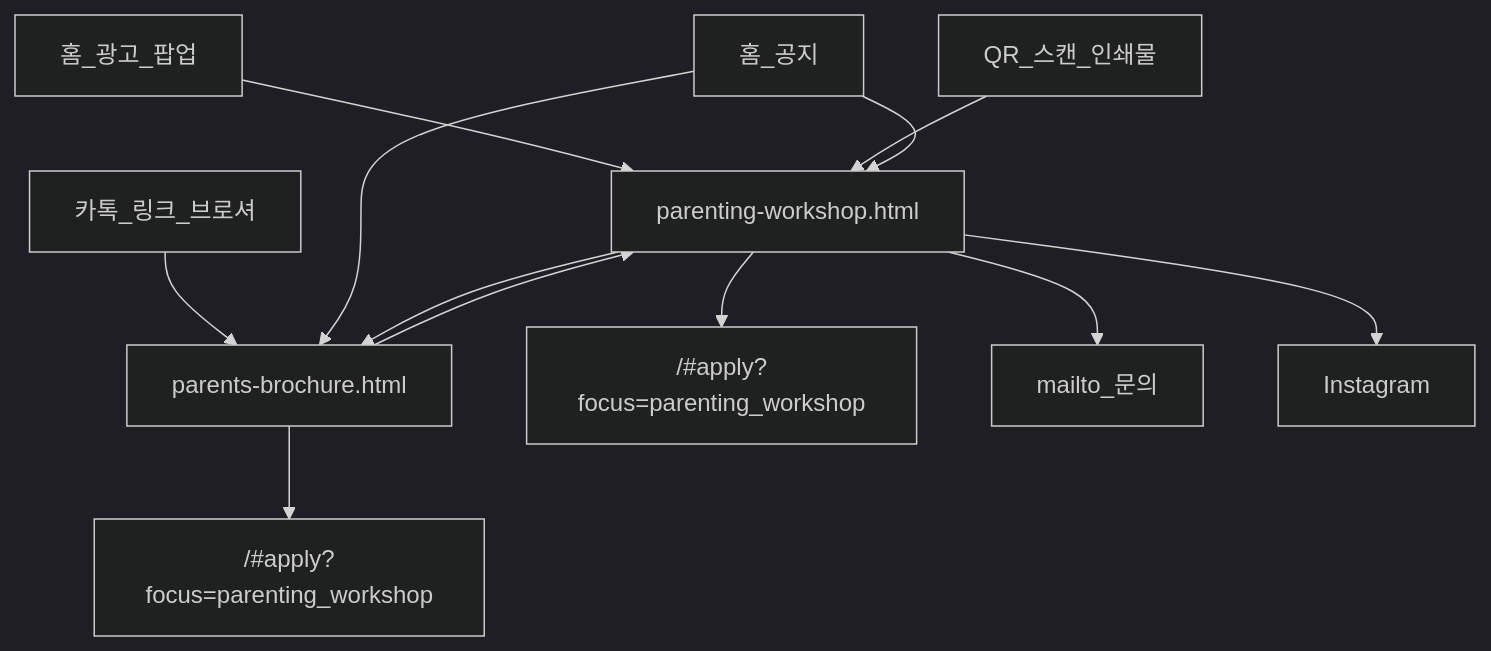
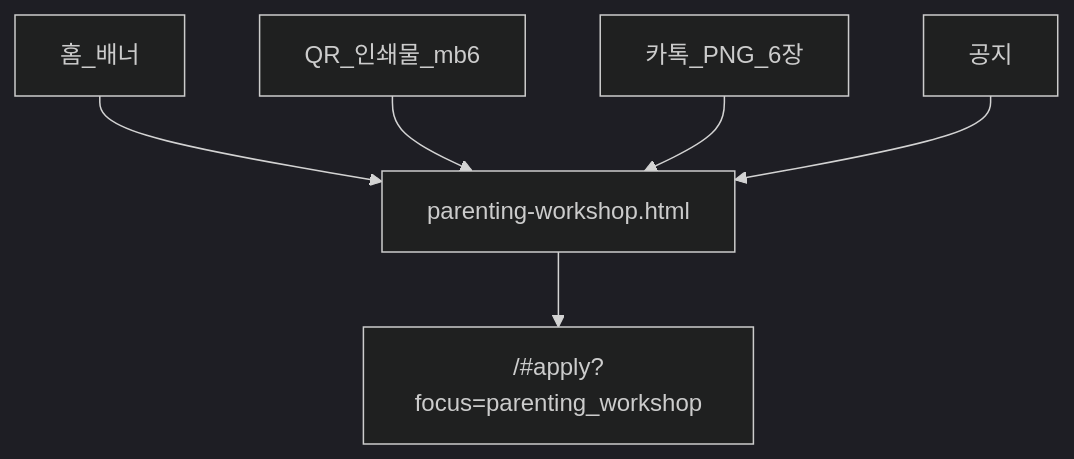
One commit to Jamiewsm/ER-Website changed the diagram in docs/projects/parents-brochure/FUNNEL.md. Above: the diagram before and after it, drawn with Mermaid (dark theme). The commit also changed other lines of this file and 12 other files, not shown here.

Commit message:
chore: remove parents-brochure.html and CSS; distribute via KakaoTalk PNG only

````diff
--- a/docs/projects/parents-brochure/FUNNEL.md
+++ b/docs/projects/parents-brochure/FUNNEL.md
@@ -3,14 +3,8 @@
 ```mermaid
 flowchart TD
-  popup[홈_광고_팝업] --> landing[parenting-workshop.html]
-  qr[QR_스캔_인쇄물] --> landing
-  share[카톡_링크_브로셔] --> brochure[parents-brochure.html]
-  site[홈_공지] --> landing
-  site --> brochure
-  brochure --> landing
-  brochure --> applyDirect["/#apply?focus=parenting_workshop"]
+  popup[홈_배너] --> landing[parenting-workshop.html]
+  qr[QR_인쇄물_mb6] --> landing
+  kakao[카톡_PNG_6장] --> landing
+  site[공지] --> landing
   landing --> apply["/#apply?focus=parenting_workshop"]
-  landing --> brochure
-  landing --> mailto[mailto_문의]
-  landing --> ig[Instagram]
 ```
````
